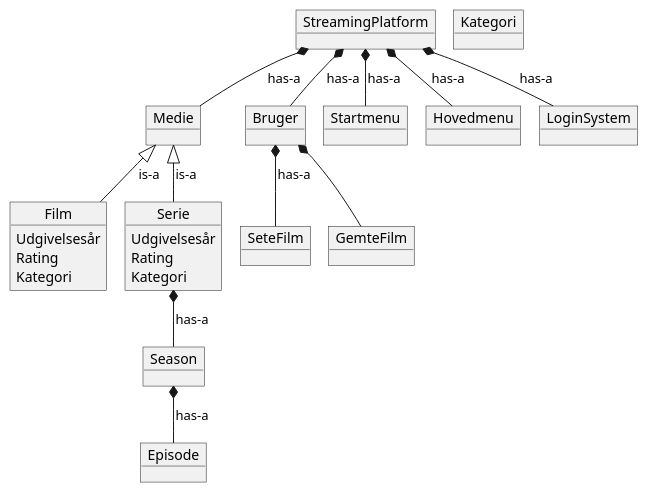
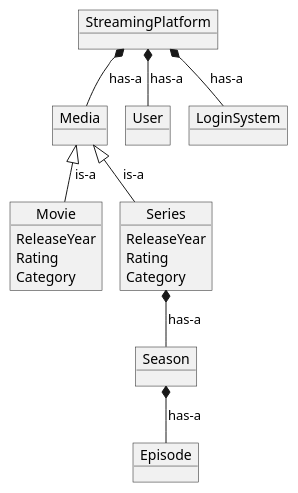
The diagram in doc/static/domainmodel.puml (DavidK97/SP3), drawn with PlantUML before and after one commit. The commit also changed 1 other file, not shown here.

```diff
--- a/doc/static/domainmodel.puml
+++ b/doc/static/domainmodel.puml
@@ -1,68 +1,41 @@
 @startuml
 !pragma layout smetana
 'https://plantuml.com/sequence-diagram
 
 object StreamingPlatform
-object Medie
-object Film
-object Serie
-object Kategori
-
-'object Crime
-'object War
-'object Drama
-'object Family
-'object Romance
-'object SciFi
-'object Action
+object Media
+object Movie
+object Series
 
 object Season
 object Episode
 
-object Bruger
-object SeteFilm
-object GemteFilm
-object Startmenu
-object Hovedmenu
+object User
 object LoginSystem
 
-StreamingPlatform *-- Medie : has-a
+StreamingPlatform *-- Media : has-a
 StreamingPlatform *-- LoginSystem : has-a
-StreamingPlatform *-- Startmenu : has-a
-StreamingPlatform *-- Hovedmenu : has-a
-StreamingPlatform *-- Bruger : has-a
+StreamingPlatform *-- User : has-a
 
-Bruger *-- SeteFilm : has-a
-Bruger *-- GemteFilm
-
-Medie <|-- Film : is-a
-Medie <|-- Serie : is-a
+Media <|-- Movie : is-a
+Media <|-- Series : is-a
 
 
-'Kategori <|-- Crime : is-a
-'Kategori <|-- War
-'Kategori <|-- Drama
-'Kategori <|-- Family
-'Kategori <|-- Romance
-'Kategori <|-- SciFi
-'Kategori <|-- Action
+Series *-- Season : has-a
+Season *-- Episode : has-a
+Series : ReleaseYear
+Series : Rating
+Series : Category
 
-
-Serie *-- Season : has-a
-Season *-- Episode : has-a
-Serie : Udgivelsesår
-Serie : Rating
-Serie : Kategori
-
-'Serie *-- Kategori
+'Series *-- Category
 
 
 
-'Film *-- Kategori
+'Movie *-- Category
 
-Film : Udgivelsesår
-Film : Rating
-Film : Kategori
+Movie : ReleaseYear
+Movie : Rating
+Movie : Category
 
 
 @enduml
```
